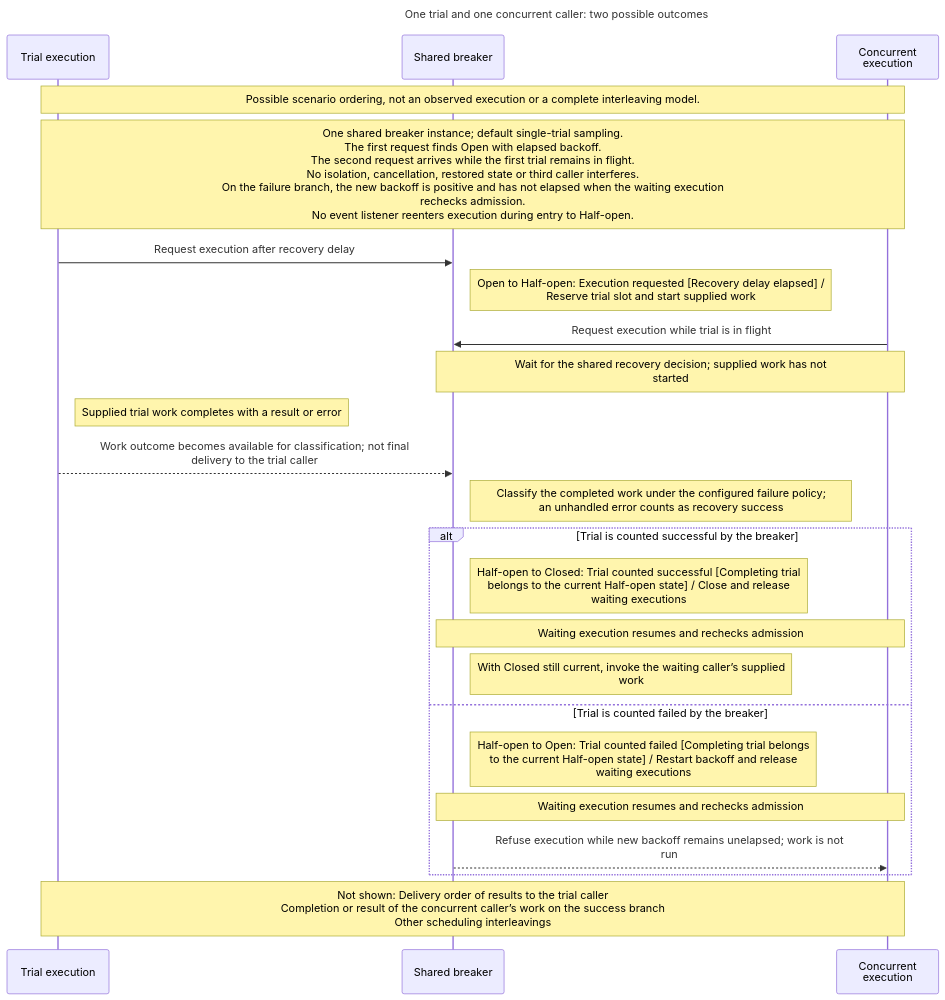
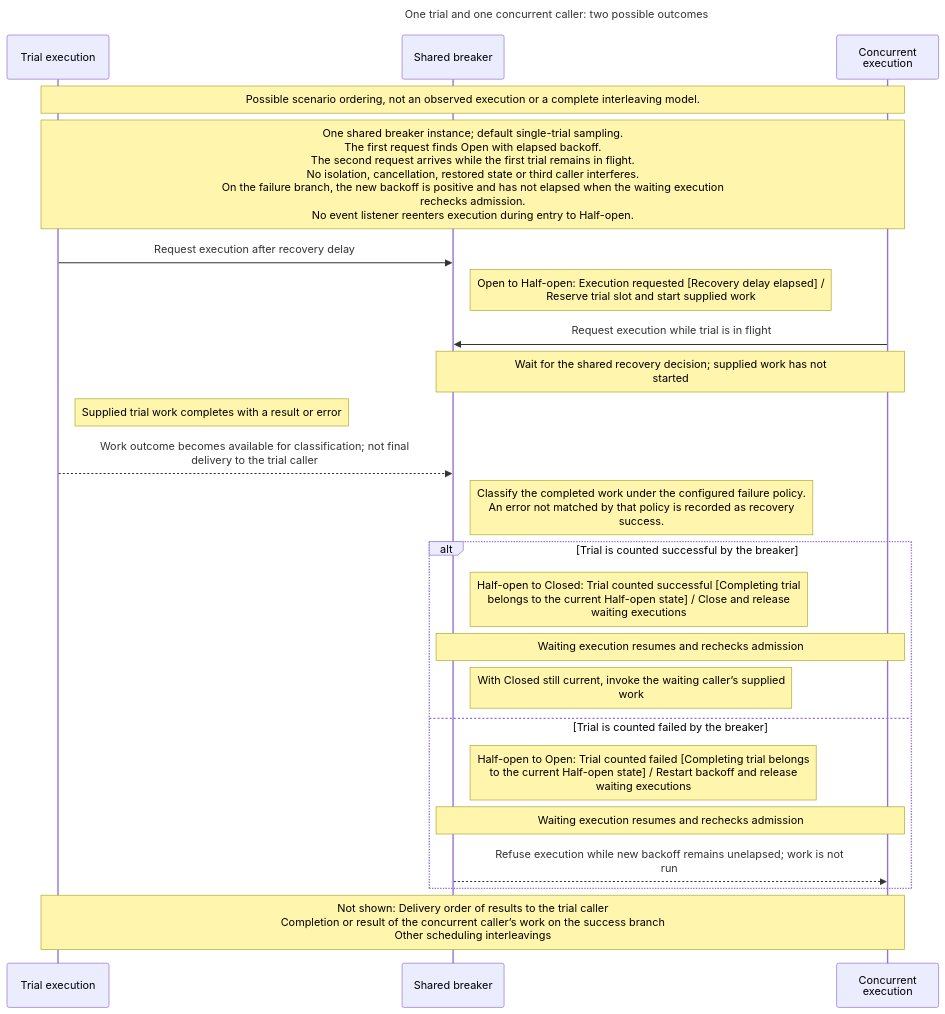
The diagram in notes/structured-account-example/concurrent-callers.mmd (ronen/postcode), drawn with Mermaid before and after one commit. The commit also changed 10 other files, not shown here.

```diff
--- a/notes/structured-account-example/concurrent-callers.mmd
+++ b/notes/structured-account-example/concurrent-callers.mmd
@@ -1,26 +1,26 @@
 ---
 title: "One trial and one concurrent caller: two possible outcomes"
 ---
 sequenceDiagram
   participant trial as Trial execution
   participant breaker as Shared breaker
   participant caller as Concurrent<br/>execution
   Note over trial,caller: Possible scenario ordering, not an observed execution or a complete interleaving model.
   Note over trial,caller: One shared breaker instance#59; default single-trial sampling.<br/>The first request finds Open with elapsed backoff.<br/>The second request arrives while the first trial remains in flight.<br/>No isolation, cancellation, restored state or third caller interferes.<br/>On the failure branch, the new backoff is positive and has not elapsed when the waiting execution<br/>rechecks admission.<br/>No event listener reenters execution during entry to Half-open.
   trial->>breaker: Request execution after recovery delay
   Note right of breaker: Open to Half-open: Execution requested [Recovery delay elapsed] /<br/>Reserve trial slot and start supplied work
   caller->>breaker: Request execution while trial is in flight
   Note over breaker,caller: Wait for the shared recovery decision#59; supplied work has not<br/>started
   Note right of trial: Supplied trial work completes with a result or error
   trial-->>breaker: Work outcome becomes available for classification#59; not final<br/>delivery to the trial caller
-  Note right of breaker: Classify the completed work under the configured failure policy#59;<br/>an unhandled error counts as recovery success
+  Note right of breaker: Classify the completed work under the configured failure policy.<br/>An error not matched by that policy is recorded as recovery<br/>success.
   alt Trial is counted successful by the breaker
   Note right of breaker: Half-open to Closed: Trial counted successful [Completing trial<br/>belongs to the current Half-open state] / Close and release<br/>waiting executions
   Note over breaker,caller: Waiting execution resumes and rechecks admission
   Note right of breaker: With Closed still current, invoke the waiting caller’s supplied<br/>work
   else Trial is counted failed by the breaker
   Note right of breaker: Half-open to Open: Trial counted failed [Completing trial belongs<br/>to the current Half-open state] / Restart backoff and release<br/>waiting executions
   Note over breaker,caller: Waiting execution resumes and rechecks admission
   breaker-->>caller: Refuse execution while new backoff remains unelapsed#59; work is not<br/>run
   end
   Note over trial,caller: Not shown: Delivery order of results to the trial caller<br/>Completion or result of the concurrent caller’s work on the success branch<br/>Other scheduling interleavings
```
